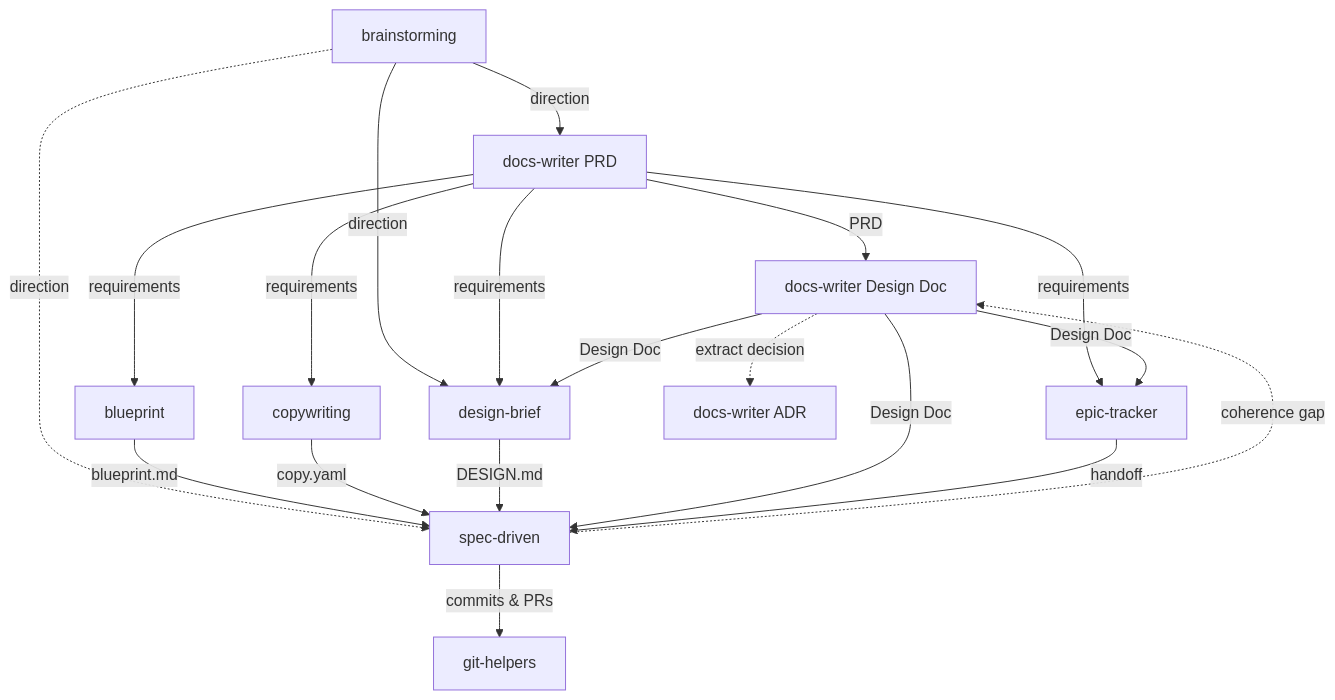
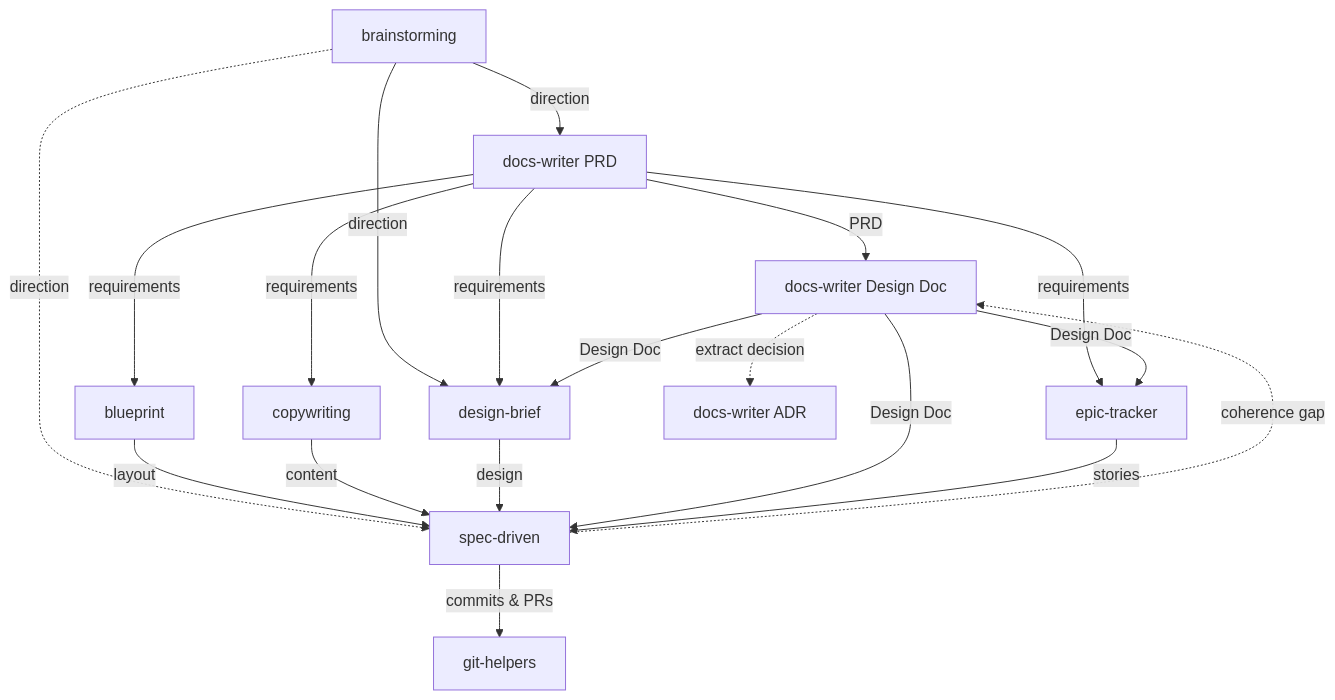
One commit to adeonir/agent-skills changed the diagram in README.md. Above: the diagram before and after it, drawn with Mermaid. The commit also changed other lines of this file and 1 other file, not shown here.

First line of the commit message:
docs: consolidate the flow and tighten the skill index

````diff
--- a/README.md
+++ b/README.md
@@ -40,21 +46,21 @@
 ```mermaid
 flowchart TD
     BR[brainstorming] -->|direction| DW_PRD[docs-writer PRD]
     BR -->|direction| DB[design-brief]
     BR -.->|direction| SD[spec-driven]
     DW_PRD -->|PRD| DW_DD[docs-writer Design Doc]
     DW_PRD -->|requirements| ET[epic-tracker]
     DW_PRD -->|requirements| DB
     DW_PRD -->|requirements| BP[blueprint]
     DW_PRD -->|requirements| CW[copywriting]
-    BP -->|blueprint.md| SD
-    CW -->|copy.yaml| SD
-    DB -->|DESIGN.md| SD
+    BP -->|layout| SD
+    CW -->|content| SD
+    DB -->|design| SD
     DW_DD -->|Design Doc| SD
     DW_DD -->|Design Doc| ET
     DW_DD -->|Design Doc| DB
     DW_DD -.->|extract decision| DW_ADR[docs-writer ADR]
-    ET -->|handoff| SD
+    ET -->|stories| SD
     SD -->|commits & PRs| GH[git-helpers]
     SD -.->|coherence gap| DW_DD
 ```
````
